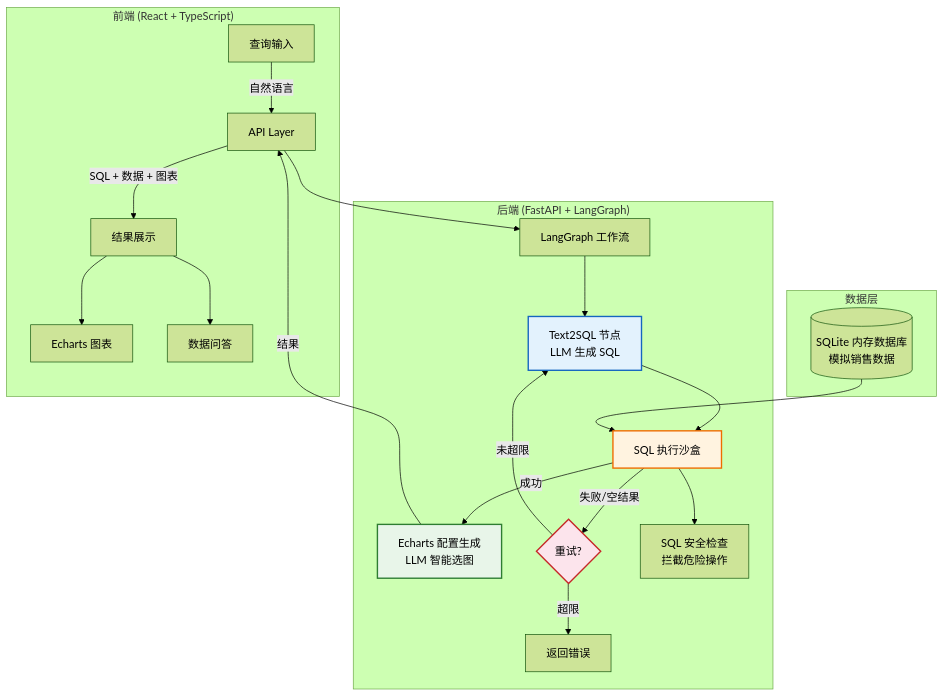
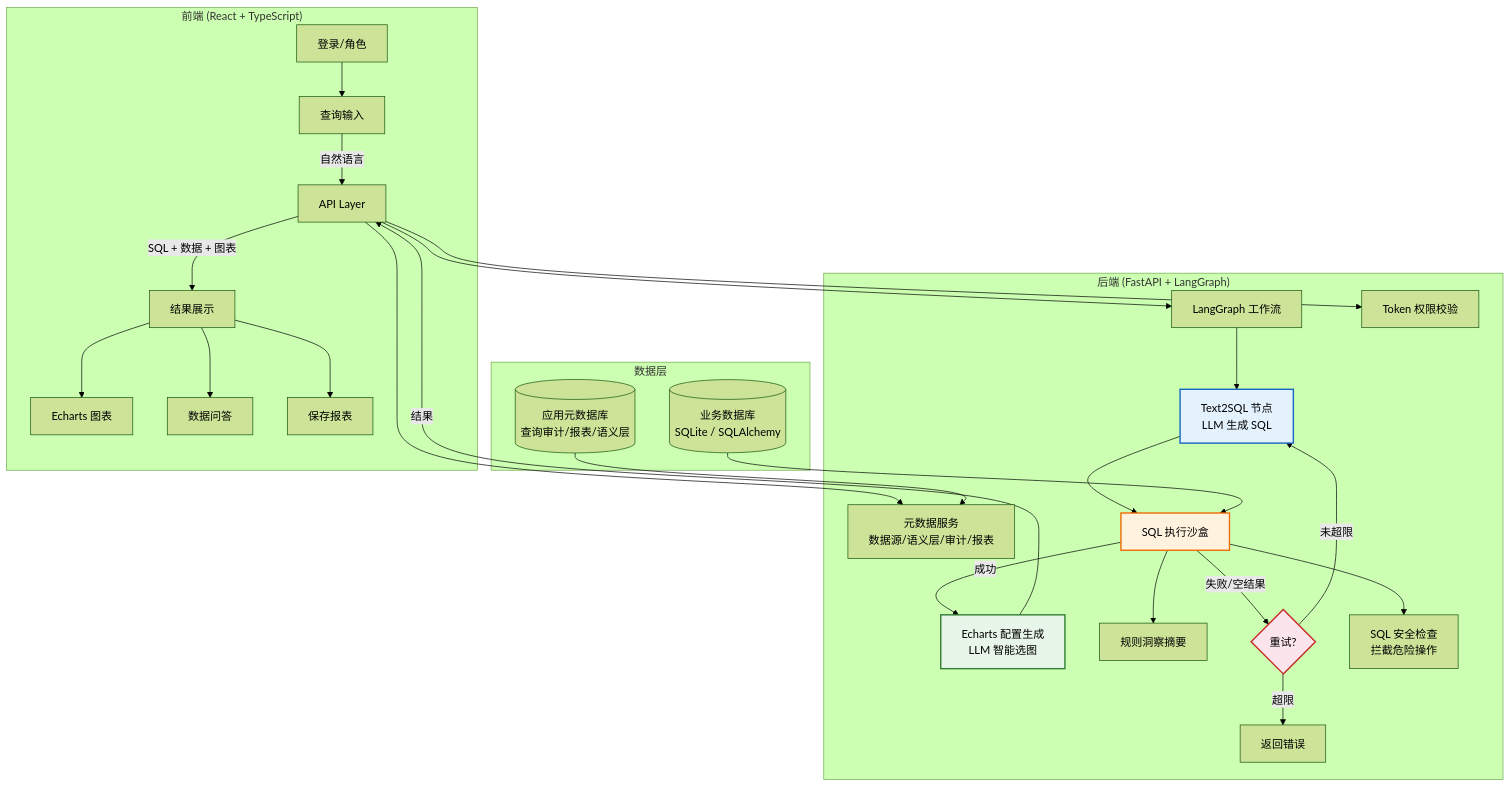
The diagram in README.md (xt-fg/nl2bi), drawn with Mermaid (forest theme) before and after one commit. The commit also changed other lines of this file and 24 other files, not shown here.

````diff
--- a/README.md
+++ b/README.md
@@ -40,33 +46,40 @@
 ```mermaid
 graph TB
     subgraph "前端 (React + TypeScript)"
+        LOGIN[登录/角色] --> UI
         UI[查询输入] --> |自然语言| API
         API --> |SQL + 数据 + 图表| RESULT[结果展示]
         RESULT --> CHART[Echarts 图表]
         RESULT --> CHAT[数据问答]
+        RESULT --> REPORT[保存报表]
     end
     
     subgraph "后端 (FastAPI + LangGraph)"
         API[API Layer] --> WF[LangGraph 工作流]
+        API --> AUTH[Token 权限校验]
+        API --> META[元数据服务<br/>数据源/语义层/审计/报表]
         
         WF --> T2S[Text2SQL 节点<br/>LLM 生成 SQL]
         T2S --> EXEC[SQL 执行沙盒]
         EXEC --> |成功| ECHART[Echarts 配置生成<br/>LLM 智能选图]
+        EXEC --> INSIGHT[规则洞察摘要]
         EXEC --> |失败/空结果| ROUTE{重试?}
         ROUTE --> |未超限| T2S
         ROUTE --> |超限| ERR[返回错误]
         ECHART --> |结果| API
         
         EXEC --> SAFE[SQL 安全检查<br/>拦截危险操作]
     end
     
     subgraph "数据层"
-        DB[(SQLite 内存数据库<br/>模拟销售数据)]
+        DB[(业务数据库<br/>SQLite / SQLAlchemy)]
+        APPDB[(应用元数据库<br/>查询审计/报表/语义层)]
         DB --> EXEC
+        APPDB --> META
     end
     
     style T2S fill:#e3f2fd,stroke:#1565c0,stroke-width:2px
     style EXEC fill:#fff3e0,stroke:#ef6c00,stroke-width:2px
     style ECHART fill:#e8f5e9,stroke:#2e7d32,stroke-width:2px
     style ROUTE fill:#fce4ec,stroke:#c62828,stroke-width:2px
 ```
````
